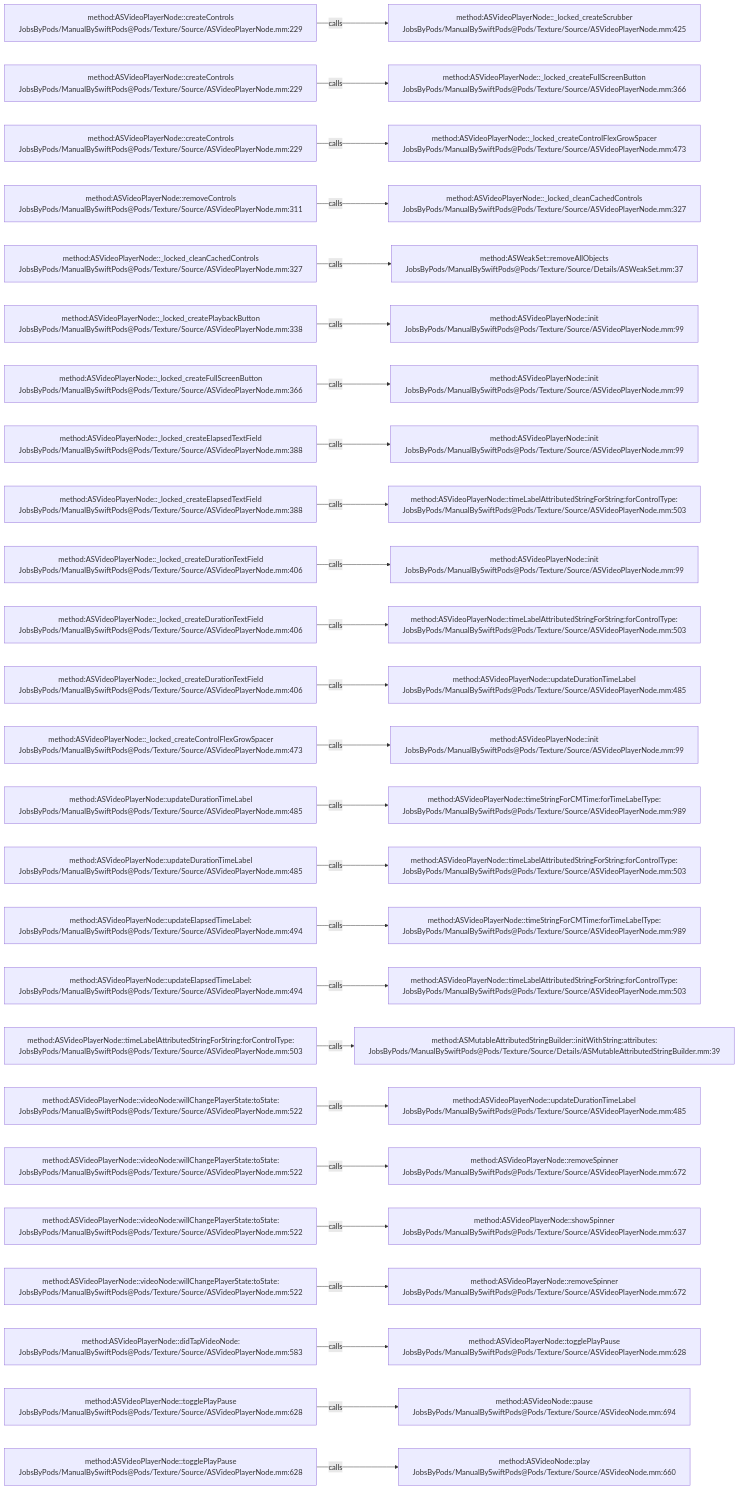
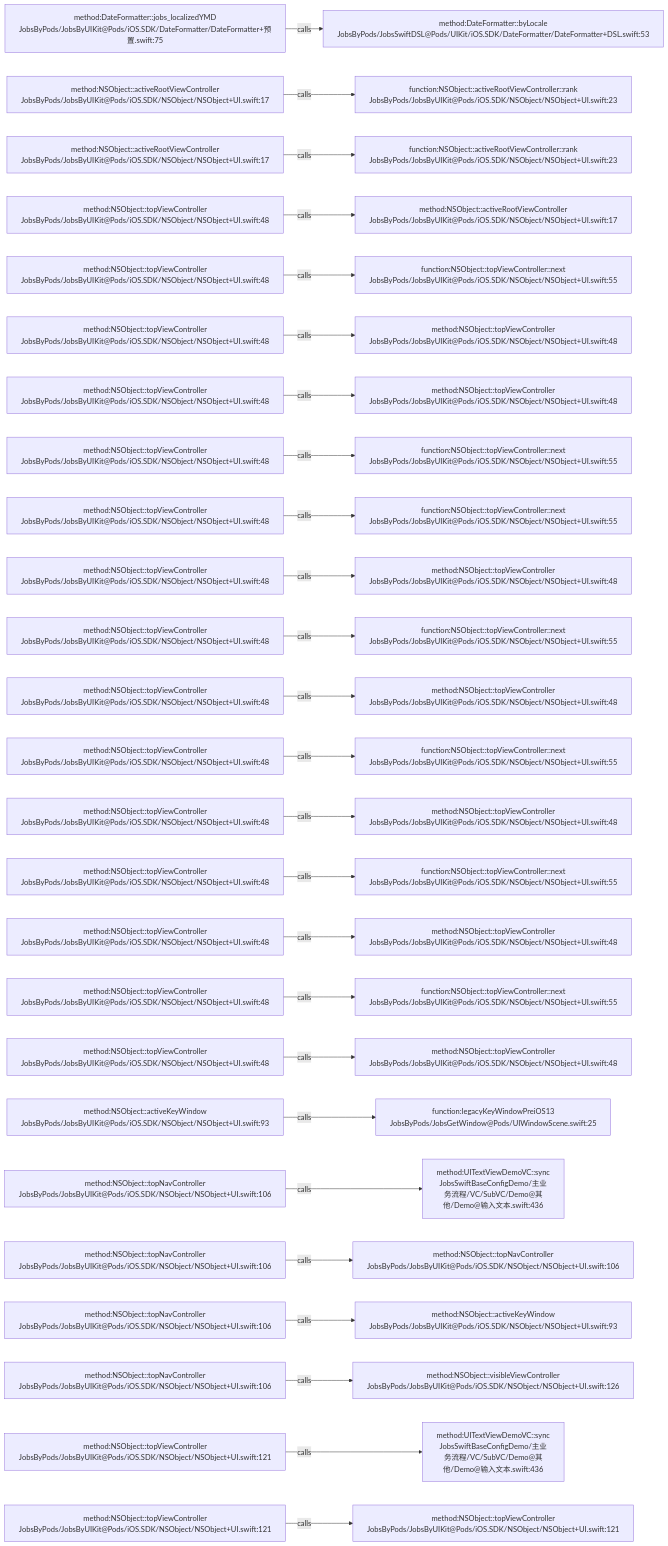
Before and after one commit to JobsKits/JobsSwiftBaseConfigDemo: the diagram in .codegraph/codegraph.md/graphs/calls-077.md, drawn with Mermaid. The commit also changed 224 other files, not shown here.

````diff
--- a/.codegraph/codegraph.md/graphs/calls-077.md
+++ b/.codegraph/codegraph.md/graphs/calls-077.md
@@ -13,78 +13,78 @@
 ```mermaid
 flowchart LR
-  S1["method:ASVideoPlayerNode::createControls<br/>JobsByPods/ManualBySwiftPods@Pods/Texture/Source/ASVideoPlayerNode.mm:229"]
-  T1["method:ASVideoPlayerNode::_locked_createScrubber<br/>JobsByPods/ManualBySwiftPods@Pods/Texture/Source/ASVideoPlayerNode.mm:425"]
+  S1["method:DateFormatter::jobs_localizedYMD<br/>JobsByPods/JobsByUIKit@Pods/iOS.SDK/DateFormatter/DateFormatter+预置.swift:75"]
+  T1["method:DateFormatter::byLocale<br/>JobsByPods/JobsSwiftDSL@Pods/UIKit/iOS.SDK/DateFormatter/DateFormatter+DSL.swift:53"]
   S1 -->|calls| T1
-  S2["method:ASVideoPlayerNode::createControls<br/>JobsByPods/ManualBySwiftPods@Pods/Texture/Source/ASVideoPlayerNode.mm:229"]
-  T2["method:ASVideoPlayerNode::_locked_createFullScreenButton<br/>JobsByPods/ManualBySwiftPods@Pods/Texture/Source/ASVideoPlayerNode.mm:366"]
+  S2["method:NSObject::activeRootViewController<br/>JobsByPods/JobsByUIKit@Pods/iOS.SDK/NSObject/NSObject+UI.swift:17"]
+  T2["function:NSObject::activeRootViewController::rank<br/>JobsByPods/JobsByUIKit@Pods/iOS.SDK/NSObject/NSObject+UI.swift:23"]
   S2 -->|calls| T2
-  S3["method:ASVideoPlayerNode::createControls<br/>JobsByPods/ManualBySwiftPods@Pods/Texture/Source/ASVideoPlayerNode.mm:229"]
-  T3["method:ASVideoPlayerNode::_locked_createControlFlexGrowSpacer<br/>JobsByPods/ManualBySwiftPods@Pods/Texture/Source/ASVideoPlayerNode.mm:473"]
+  S3["method:NSObject::activeRootViewController<br/>JobsByPods/JobsByUIKit@Pods/iOS.SDK/NSObject/NSObject+UI.swift:17"]
+  T3["function:NSObject::activeRootViewController::rank<br/>JobsByPods/JobsByUIKit@Pods/iOS.SDK/NSObject/NSObject+UI.swift:23"]
   S3 -->|calls| T3
-  S4["method:ASVideoPlayerNode::removeControls<br/>JobsByPods/ManualBySwiftPods@Pods/Texture/Source/ASVideoPlayerNode.mm:311"]
-  T4["method:ASVideoPlayerNode::_locked_cleanCachedControls<br/>JobsByPods/ManualBySwiftPods@Pods/Texture/Source/ASVideoPlayerNode.mm:327"]
+  S4["method:NSObject::topViewController<br/>JobsByPods/JobsByUIKit@Pods/iOS.SDK/NSObject/NSObject+UI.swift:48"]
+  T4["method:NSObject::activeRootViewController<br/>JobsByPods/JobsByUIKit@Pods/iOS.SDK/NSObject/NSObject+UI.swift:17"]
   S4 -->|calls| T4
-  S5["method:ASVideoPlayerNode::_locked_cleanCachedControls<br/>JobsByPods/ManualBySwiftPods@Pods/Texture/Source/ASVideoPlayerNode.mm:327"]
-  T5["method:ASWeakSet::removeAllObjects<br/>JobsByPods/ManualBySwiftPods@Pods/Texture/Source/Details/ASWeakSet.mm:37"]
+  S5["method:NSObject::topViewController<br/>JobsByPods/JobsByUIKit@Pods/iOS.SDK/NSObject/NSObject+UI.swift:48"]
+  T5["function:NSObject::topViewController::next<br/>JobsByPods/JobsByUIKit@Pods/iOS.SDK/NSObject/NSObject+UI.swift:55"]
   S5 -->|calls| T5
-  S6["method:ASVideoPlayerNode::_locked_createPlaybackButton<br/>JobsByPods/ManualBySwiftPods@Pods/Texture/Source/ASVideoPlayerNode.mm:338"]
-  T6["method:ASVideoPlayerNode::init<br/>JobsByPods/ManualBySwiftPods@Pods/Texture/Source/ASVideoPlayerNode.mm:99"]
+  S6["method:NSObject::topViewController<br/>JobsByPods/JobsByUIKit@Pods/iOS.SDK/NSObject/NSObject+UI.swift:48"]
+  T6["method:NSObject::topViewController<br/>JobsByPods/JobsByUIKit@Pods/iOS.SDK/NSObject/NSObject+UI.swift:48"]
   S6 -->|calls| T6
-  S7["method:ASVideoPlayerNode::_locked_createFullScreenButton<br/>JobsByPods/ManualBySwiftPods@Pods/Texture/Source/ASVideoPlayerNode.mm:366"]
-  T7["method:ASVideoPlayerNode::init<br/>JobsByPods/ManualBySwiftPods@Pods/Texture/Source/ASVideoPlayerNode.mm:99"]
+  S7["method:NSObject::topViewController<br/>JobsByPods/JobsByUIKit@Pods/iOS.SDK/NSObject/NSObject+UI.swift:48"]
+  T7["method:NSObject::topViewController<br/>JobsByPods/JobsByUIKit@Pods/iOS.SDK/NSObject/NSObject+UI.swift:48"]
   S7 -->|calls| T7
-  S8["method:ASVideoPlayerNode::_locked_createElapsedTextField<br/>JobsByPods/ManualBySwiftPods@Pods/Texture/Source/ASVideoPlayerNode.mm:388"]
-  T8["method:ASVideoPlayerNode::init<br/>JobsByPods/ManualBySwiftPods@Pods/Texture/Source/ASVideoPlayerNode.mm:99"]
+  S8["method:NSObject::topViewController<br/>JobsByPods/JobsByUIKit@Pods/iOS.SDK/NSObject/NSObject+UI.swift:48"]
+  T8["function:NSObject::topViewController::next<br/>JobsByPods/JobsByUIKit@Pods/iOS.SDK/NSObject/NSObject+UI.swift:55"]
   S8 -->|calls| T8
-  S9["method:ASVideoPlayerNode::_locked_createElapsedTextField<br/>JobsByPods/ManualBySwiftPods@Pods/Texture/Source/ASVideoPlayerNode.mm:388"]
-  T9["method:ASVideoPlayerNode::timeLabelAttributedStringForString:forControlType:<br/>JobsByPods/ManualBySwiftPods@Pods/Texture/Source/ASVideoPlayerNode.mm:503"]
+  S9["method:NSObject::topViewController<br/>JobsByPods/JobsByUIKit@Pods/iOS.SDK/NSObject/NSObject+UI.swift:48"]
+  T9["function:NSObject::topViewController::next<br/>JobsByPods/JobsByUIKit@Pods/iOS.SDK/NSObject/NSObject+UI.swift:55"]
   S9 -->|calls| T9
-  S10["method:ASVideoPlayerNode::_locked_createDurationTextField<br/>JobsByPods/ManualBySwiftPods@Pods/Texture/Source/ASVideoPlayerNode.mm:406"]
-  T10["method:ASVideoPlayerNode::init<br/>JobsByPods/ManualBySwiftPods@Pods/Texture/Source/ASVideoPlayerNode.mm:99"]
+  S10["method:NSObject::topViewController<br/>JobsByPods/JobsByUIKit@Pods/iOS.SDK/NSObject/NSObject+UI.swift:48"]
+  T10["method:NSObject::topViewController<br/>JobsByPods/JobsByUIKit@Pods/iOS.SDK/NSObject/NSObject+UI.swift:48"]
   S10 -->|calls| T10
-  S11["method:ASVideoPlayerNode::_locked_createDurationTextField<br/>JobsByPods/ManualBySwiftPods@Pods/Texture/Source/ASVideoPlayerNode.mm:406"]
-  T11["method:ASVideoPlayerNode::timeLabelAttributedStringForString:forControlType:<br/>JobsByPods/ManualBySwiftPods@Pods/Texture/Source/ASVideoPlayerNode.mm:503"]
+  S11["method:NSObject::topViewController<br/>JobsByPods/JobsByUIKit@Pods/iOS.SDK/NSObject/NSObject+UI.swift:48"]
+  T11["function:NSObject::topViewController::next<br/>JobsByPods/JobsByUIKit@Pods/iOS.SDK/NSObject/NSObject+UI.swift:55"]
   S11 -->|calls| T11
-  S12["method:ASVideoPlayerNode::_locked_createDurationTextField<br/>JobsByPods/ManualBySwiftPods@Pods/Texture/Source/ASVideoPlayerNode.mm:406"]
-  T12["method:ASVideoPlayerNode::updateDurationTimeLabel<br/>JobsByPods/ManualBySwiftPods@Pods/Texture/Source/ASVideoPlayerNode.mm:485"]
+  S12["method:NSObject::topViewController<br/>JobsByPods/JobsByUIKit@Pods/iOS.SDK/NSObject/NSObject+UI.swift:48"]
+  T12["method:NSObject::topViewController<br/>JobsByPods/JobsByUIKit@Pods/iOS.SDK/NSObject/NSObject+UI.swift:48"]
   S12 -->|calls| T12
-  S13["method:ASVideoPlayerNode::_locked_createControlFlexGrowSpacer<br/>JobsByPods/ManualBySwiftPods@Pods/Texture/Source/ASVideoPlayerNode.mm:473"]
-  T13["method:ASVideoPlayerNode::init<br/>JobsByPods/ManualBySwiftPods@Pods/Texture/Source/ASVideoPlayerNode.mm:99"]
+  S13["method:NSObject::topViewController<br/>JobsByPods/JobsByUIKit@Pods/iOS.SDK/NSObject/NSObject+UI.swift:48"]
+  T13["function:NSObject::topViewController::next<br/>JobsByPods/JobsByUIKit@Pods/iOS.SDK/NSObject/NSObject+UI.swift:55"]
   S13 -->|calls| T13
-  S14["method:ASVideoPlayerNode::updateDurationTimeLabel<br/>JobsByPods/ManualBySwiftPods@Pods/Texture/Source/ASVideoPlayerNode.mm:485"]
-  T14["method:ASVideoPlayerNode::timeStringForCMTime:forTimeLabelType:<br/>JobsByPods/ManualBySwiftPods@Pods/Texture/Source/ASVideoPlayerNode.mm:989"]
+  S14["method:NSObject::topViewController<br/>JobsByPods/JobsByUIKit@Pods/iOS.SDK/NSObject/NSObject+UI.swift:48"]
+  T14["method:NSObject::topViewController<br/>JobsByPods/JobsByUIKit@Pods/iOS.SDK/NSObject/NSObject+UI.swift:48"]
   S14 -->|calls| T14
-  S15["method:ASVideoPlayerNode::updateDurationTimeLabel<br/>JobsByPods/ManualBySwiftPods@Pods/Texture/Source/ASVideoPlayerNode.mm:485"]
-  T15["method:ASVideoPlayerNode::timeLabelAttributedStringForString:forControlType:<br/>JobsByPods/ManualBySwiftPods@Pods/Texture/Source/ASVideoPlayerNode.mm:503"]
+  S15["method:NSObject::topViewController<br/>JobsByPods/JobsByUIKit@Pods/iOS.SDK/NSObject/NSObject+UI.swift:48"]
+  T15["function:NSObject::topViewController::next<br/>JobsByPods/JobsByUIKit@Pods/iOS.SDK/NSObject/NSObject+UI.swift:55"]
   S15 -->|calls| T15
-  S16["method:ASVideoPlayerNode::updateElapsedTimeLabel:<br/>JobsByPods/ManualBySwiftPods@Pods/Texture/Source/ASVideoPlayerNode.mm:494"]
-  T16["method:ASVideoPlayerNode::timeStringForCMTime:forTimeLabelType:<br/>JobsByPods/ManualBySwiftPods@Pods/Texture/Source/ASVideoPlayerNode.mm:989"]
+  S16["method:NSObject::topViewController<br/>JobsByPods/JobsByUIKit@Pods/iOS.SDK/NSObject/NSObject+UI.swift:48"]
+  T16["method:NSObject::topViewController<br/>JobsByPods/JobsByUIKit@Pods/iOS.SDK/NSObject/NSObject+UI.swift:48"]
   S16 -->|calls| T16
-  S17["method:ASVideoPlayerNode::updateElapsedTimeLabel:<br/>JobsByPods/ManualBySwiftPods@Pods/Texture/Source/ASVideoPlayerNode.mm:494"]
-  T17["method:ASVideoPlayerNode::timeLabelAttributedStringForString:forControlType:<br/>JobsByPods/ManualBySwiftPods@Pods/Texture/Source/ASVideoPlayerNode.mm:503"]
+  S17["method:NSObject::topViewController<br/>JobsByPods/JobsByUIKit@Pods/iOS.SDK/NSObject/NSObject+UI.swift:48"]
+  T17["function:NSObject::topViewController::next<br/>JobsByPods/JobsByUIKit@Pods/iOS.SDK/NSObject/NSObject+UI.swift:55"]
   S17 -->|calls| T17
-  S18["method:ASVideoPlayerNode::timeLabelAttributedStringForString:forControlType:<br/>JobsByPods/ManualBySwiftPods@Pods/Texture/Source/ASVideoPlayerNode.mm:503"]
-  T18["method:ASMutableAttributedStringBuilder::initWithString:attributes:<br/>JobsByPods/ManualBySwiftPods@Pods/Texture/Source/Details/ASMutableAttributedStringBuilder.mm:39"]
+  S18["method:NSObject::topViewController<br/>JobsByPods/JobsByUIKit@Pods/iOS.SDK/NSObject/NSObject+UI.swift:48"]
+  T18["method:NSObject::topViewController<br/>JobsByPods/JobsByUIKit@Pods/iOS.SDK/NSObject/NSObject+UI.swift:48"]
   S18 -->|calls| T18
-  S19["method:ASVideoPlayerNode::videoNode:willChangePlayerState:toState:<br/>JobsByPods/ManualBySwiftPods@Pods/Texture/Source/ASVideoPlayerNode.mm:522"]
-  T19["method:ASVideoPlayerNode::updateDurationTimeLabel<br/>JobsByPods/ManualBySwiftPods@Pods/Texture/Source/ASVideoPlayerNode.mm:485"]
+  S19["method:NSObject::activeKeyWindow<br/>JobsByPods/JobsByUIKit@Pods/iOS.SDK/NSObject/NSObject+UI.swift:93"]
+  T19["function:legacyKeyWindowPreiOS13<br/>JobsByPods/JobsGetWindow@Pods/UIWindowScene.swift:25"]
   S19 -->|calls| T19
-  S20["method:ASVideoPlayerNode::videoNode:willChangePlayerState:toState:<br/>JobsByPods/ManualBySwiftPods@Pods/Texture/Source/ASVideoPlayerNode.mm:522"]
-  T20["method:ASVideoPlayerNode::removeSpinner<br/>JobsByPods/ManualBySwiftPods@Pods/Texture/Source/ASVideoPlayerNode.mm:672"]
+  S20["method:NSObject::topNavController<br/>JobsByPods/JobsByUIKit@Pods/iOS.SDK/NSObject/NSObject+UI.swift:106"]
+  T20["method:UITextViewDemoVC::sync<br/>JobsSwiftBaseConfigDemo/主业务流程/VC/SubVC/Demo@其他/Demo@输入文本.swift:436"]
   S20 -->|calls| T20
-  S21["method:ASVideoPlayerNode::videoNode:willChangePlayerState:toState:<br/>JobsByPods/ManualBySwiftPods@Pods/Texture/Source/ASVideoPlayerNode.mm:522"]
-  T21["method:ASVideoPlayerNode::showSpinner<br/>JobsByPods/ManualBySwiftPods@Pods/Texture/Source/ASVideoPlayerNode.mm:637"]
+  S21["method:NSObject::topNavController<br/>JobsByPods/JobsByUIKit@Pods/iOS.SDK/NSObject/NSObject+UI.swift:106"]
+  T21["method:NSObject::topNavController<br/>JobsByPods/JobsByUIKit@Pods/iOS.SDK/NSObject/NSObject+UI.swift:106"]
   S21 -->|calls| T21
-  S22["method:ASVideoPlayerNode::videoNode:willChangePlayerState:toState:<br/>JobsByPods/ManualBySwiftPods@Pods/Texture/Source/ASVideoPlayerNode.mm:522"]
-  T22["method:ASVideoPlayerNode::removeSpinner<br/>JobsByPods/ManualBySwiftPods@Pods/Texture/Source/ASVideoPlayerNode.mm:672"]
+  S22["method:NSObject::topNavController<br/>JobsByPods/JobsByUIKit@Pods/iOS.SDK/NSObject/NSObject+UI.swift:106"]
+  T22["method:NSObject::activeKeyWindow<br/>JobsByPods/JobsByUIKit@Pods/iOS.SDK/NSObject/NSObject+UI.swift:93"]
   S22 -->|calls| T22
-  S23["method:ASVideoPlayerNode::didTapVideoNode:<br/>JobsByPods/ManualBySwiftPods@Pods/Texture/Source/ASVideoPlayerNode.mm:583"]
-  T23["method:ASVideoPlayerNode::togglePlayPause<br/>JobsByPods/ManualBySwiftPods@Pods/Texture/Source/ASVideoPlayerNode.mm:628"]
+  S23["method:NSObject::topNavController<br/>JobsByPods/JobsByUIKit@Pods/iOS.SDK/NSObject/NSObject+UI.swift:106"]
+  T23["method:NSObject::visibleViewController<br/>JobsByPods/JobsByUIKit@Pods/iOS.SDK/NSObject/NSObject+UI.swift:126"]
   S23 -->|calls| T23
-  S24["method:ASVideoPlayerNode::togglePlayPause<br/>JobsByPods/ManualBySwiftPods@Pods/Texture/Source/ASVideoPlayerNode.mm:628"]
-  T24["method:ASVideoNode::pause<br/>JobsByPods/ManualBySwiftPods@Pods/Texture/Source/ASVideoNode.mm:694"]
+  S24["method:NSObject::topViewController<br/>JobsByPods/JobsByUIKit@Pods/iOS.SDK/NSObject/NSObject+UI.swift:121"]
+  T24["method:UITextViewDemoVC::sync<br/>JobsSwiftBaseConfigDemo/主业务流程/VC/SubVC/Demo@其他/Demo@输入文本.swift:436"]
   S24 -->|calls| T24
-  S25["method:ASVideoPlayerNode::togglePlayPause<br/>JobsByPods/ManualBySwiftPods@Pods/Texture/Source/ASVideoPlayerNode.mm:628"]
-  T25["method:ASVideoNode::play<br/>JobsByPods/ManualBySwiftPods@Pods/Texture/Source/ASVideoNode.mm:660"]
+  S25["method:NSObject::topViewController<br/>JobsByPods/JobsByUIKit@Pods/iOS.SDK/NSObject/NSObject+UI.swift:121"]
+  T25["method:NSObject::topViewController<br/>JobsByPods/JobsByUIKit@Pods/iOS.SDK/NSObject/NSObject+UI.swift:121"]
   S25 -->|calls| T25
 ```
````
